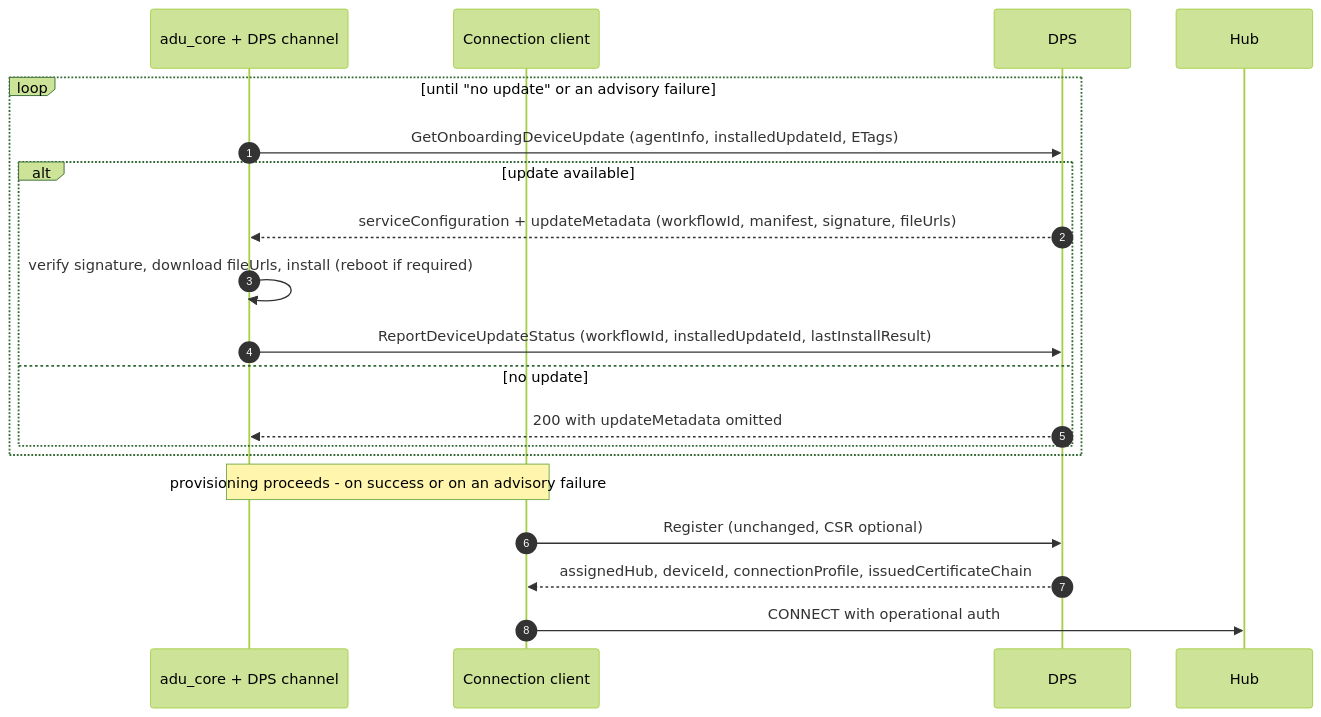
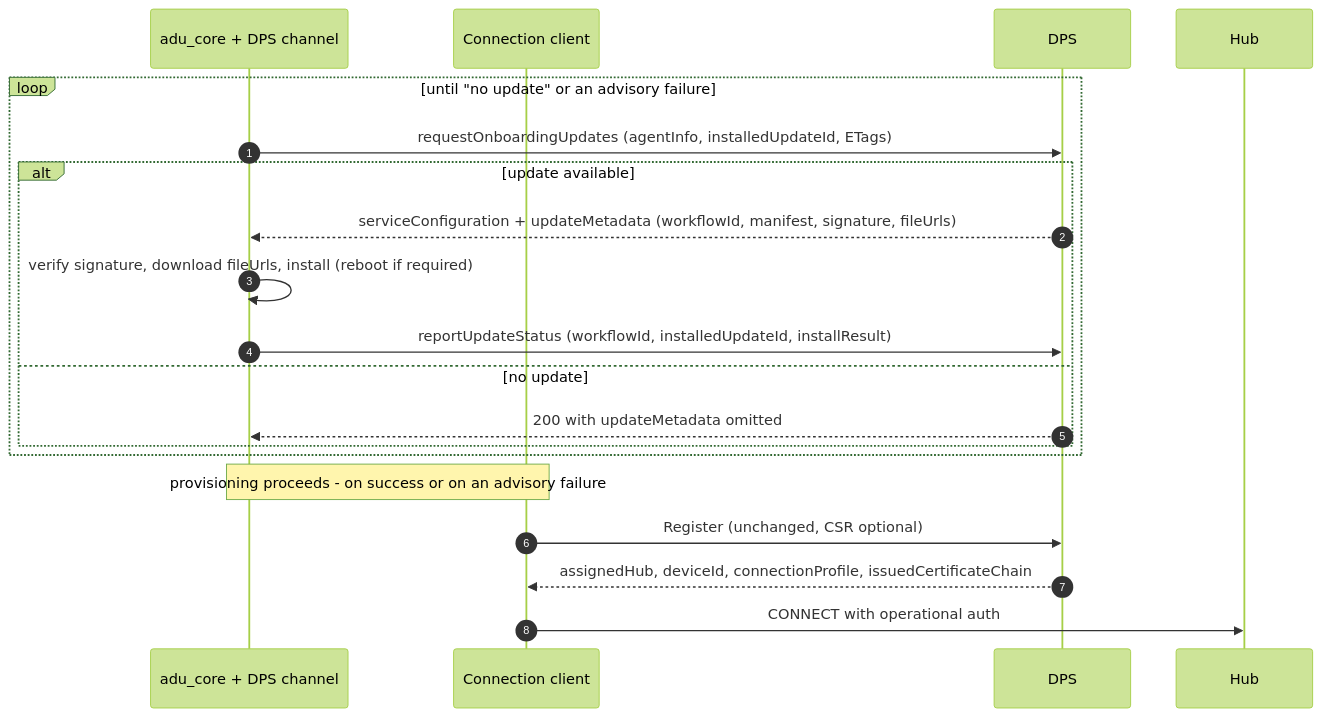
One commit to Azure/azure-iot-sdk changed the seventh of 9 diagrams in c/docs/connection.md. Above: the diagram before and after it, drawn with Mermaid (forest theme). The commit also changed other lines of this file and 3 other files, not shown here.

````diff
--- a/c/docs/connection.md
+++ b/c/docs/connection.md
@@ -395,24 +399,24 @@
 ```mermaid
 sequenceDiagram
     autonumber
     participant ADU as adu_core + DPS channel
     participant Conn as Connection client
     participant DPS
     participant Hub
 
     loop until "no update" or an advisory failure
-        ADU->>DPS: GetOnboardingDeviceUpdate (agentInfo, installedUpdateId, ETags)
+        ADU->>DPS: requestOnboardingUpdates (agentInfo, installedUpdateId, ETags)
         alt update available
             DPS-->>ADU: serviceConfiguration + updateMetadata (workflowId, manifest, signature, fileUrls)
             ADU->>ADU: verify signature, download fileUrls, install (reboot if required)
-            ADU->>DPS: ReportDeviceUpdateStatus (workflowId, installedUpdateId, lastInstallResult)
+            ADU->>DPS: reportUpdateStatus (workflowId, installedUpdateId, installResult)
         else no update
             DPS-->>ADU: 200 with updateMetadata omitted
         end
     end
 
     Note over ADU,Conn: provisioning proceeds - on success or on an advisory failure
     Conn->>DPS: Register (unchanged, CSR optional)
     DPS-->>Conn: assignedHub, deviceId, connectionProfile, issuedCertificateChain
     Conn->>Hub: CONNECT with operational auth
 ```
````
